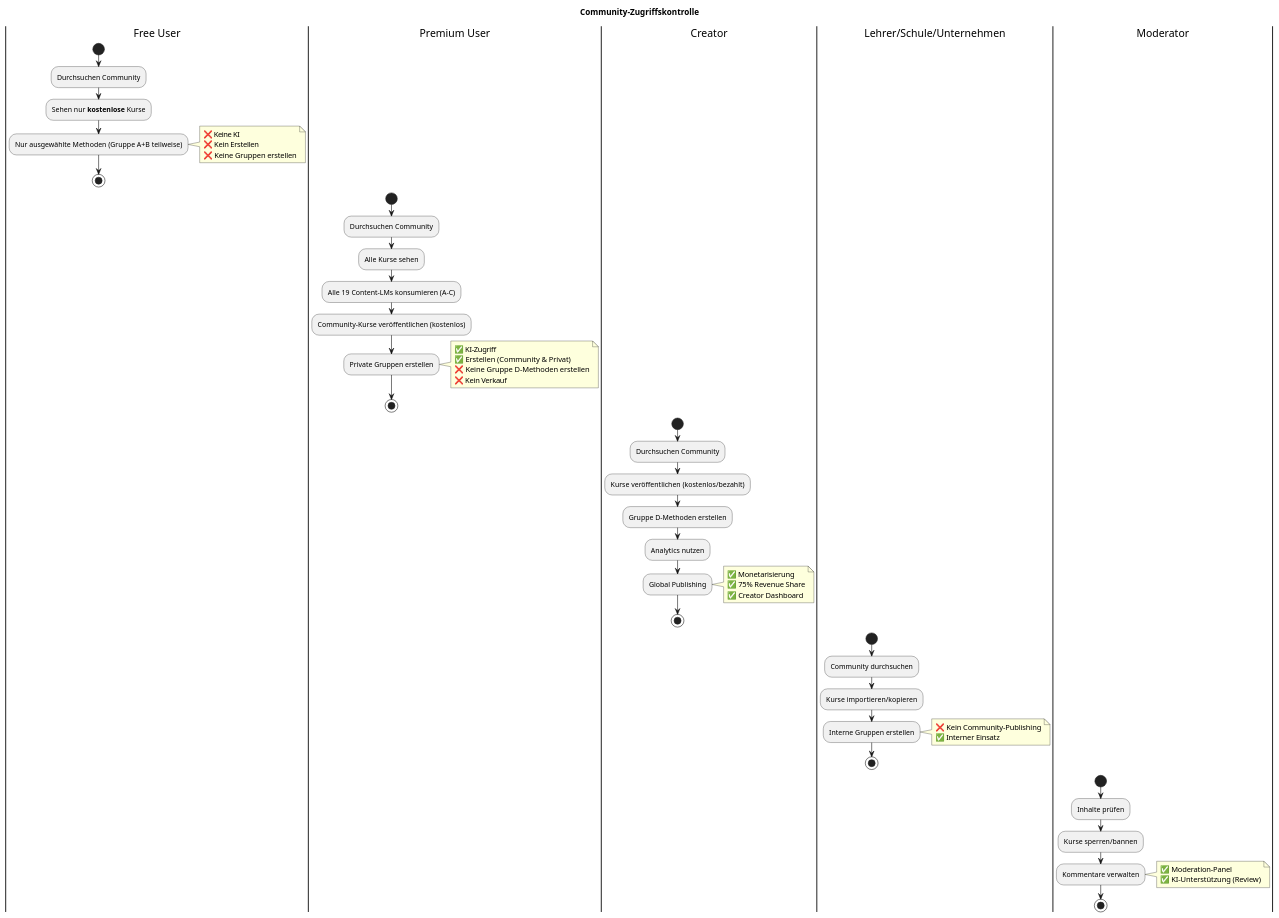
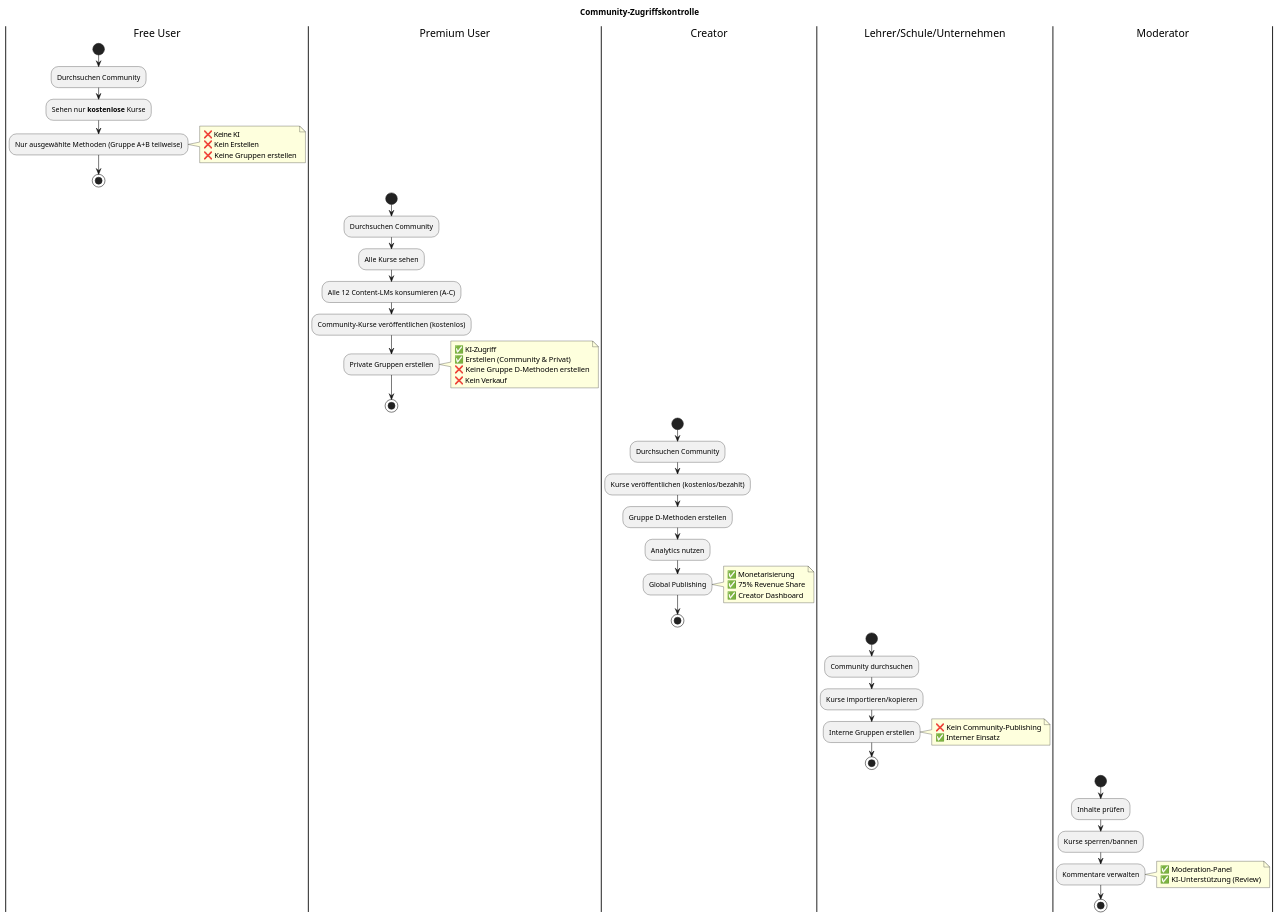
One commit to flokflok1/lernseite changed the fifth of 19 diagrams in LernsystemX-Doku/03_Features/01_Community-System.md. Above: the diagram before and after it, drawn with PlantUML. The commit also changed other lines of this file and 1490 other files, not shown here.

````diff
--- a/LernsystemX-Doku/03_Features/01_Community-System.md
+++ b/LernsystemX-Doku/03_Features/01_Community-System.md
@@ -288,69 +288,69 @@
 ```plantuml
 @startuml
 title Community-Zugriffskontrolle
 
 |Free User|
 start
 :Durchsuchen Community;
 :Sehen nur **kostenlose** Kurse;
 :Nur ausgewählte Methoden (Gruppe A+B teilweise);
 note right
   ❌ Keine KI
   ❌ Kein Erstellen
   ❌ Keine Gruppen erstellen
 end note
 stop
 
 |Premium User|
 start
 :Durchsuchen Community;
 :Alle Kurse sehen;
-:Alle 19 Content-LMs konsumieren (A-C);
+:Alle 12 Content-LMs konsumieren (A-C);
 :Community-Kurse veröffentlichen (kostenlos);
 :Private Gruppen erstellen;
 note right
   ✅ KI-Zugriff
   ✅ Erstellen (Community & Privat)
   ❌ Keine Gruppe D-Methoden erstellen
   ❌ Kein Verkauf
 end note
 stop
 
 |Creator|
 start
 :Durchsuchen Community;
 :Kurse veröffentlichen (kostenlos/bezahlt);
 :Gruppe D-Methoden erstellen;
 :Analytics nutzen;
 :Global Publishing;
 note right
   ✅ Monetarisierung
   ✅ 75% Revenue Share
   ✅ Creator Dashboard
 end note
 stop
 
 |Lehrer/Schule/Unternehmen|
 start
 :Community durchsuchen;
 :Kurse importieren/kopieren;
 :Interne Gruppen erstellen;
 note right
   ❌ Kein Community-Publishing
   ✅ Interner Einsatz
 end note
 stop
 
 |Moderator|
 start
 :Inhalte prüfen;
 :Kurse sperren/bannen;
 :Kommentare verwalten;
 note right
   ✅ Moderation-Panel
   ✅ KI-Unterstützung (Review)
 end note
 stop
 
 @enduml
 ```
````
